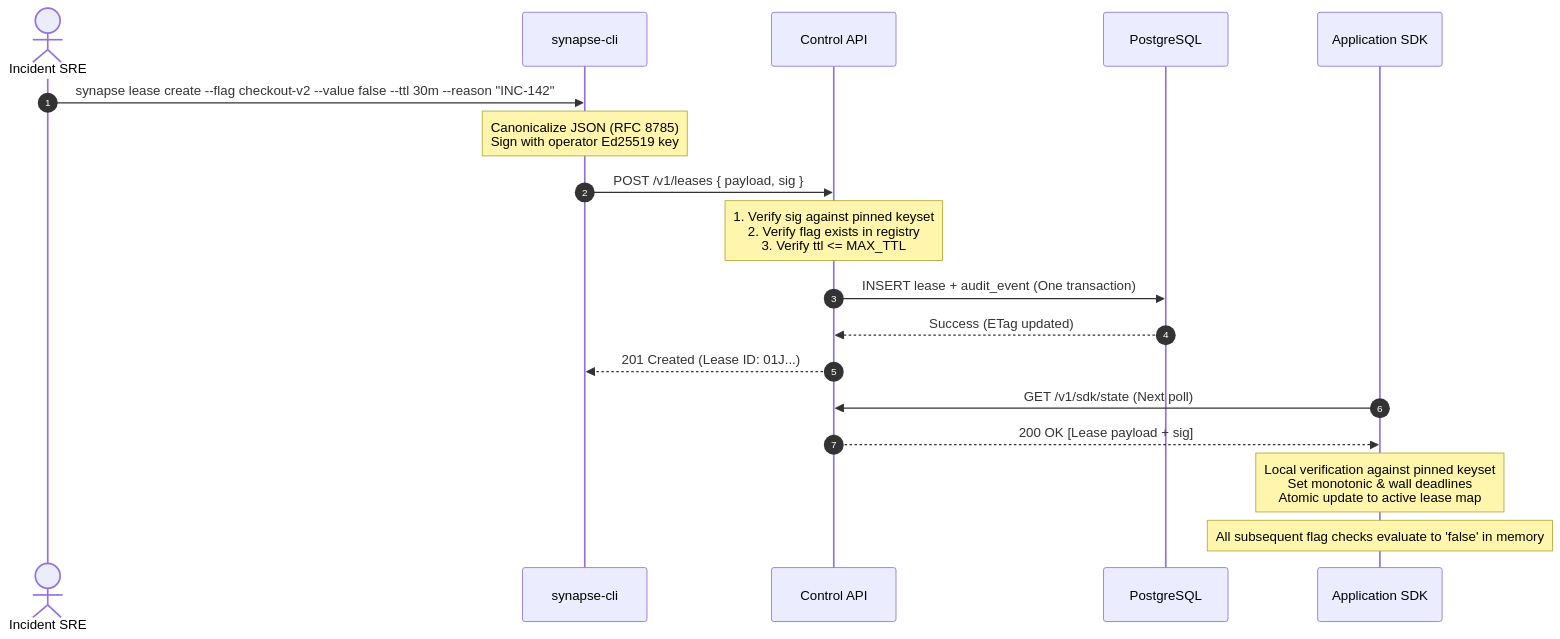
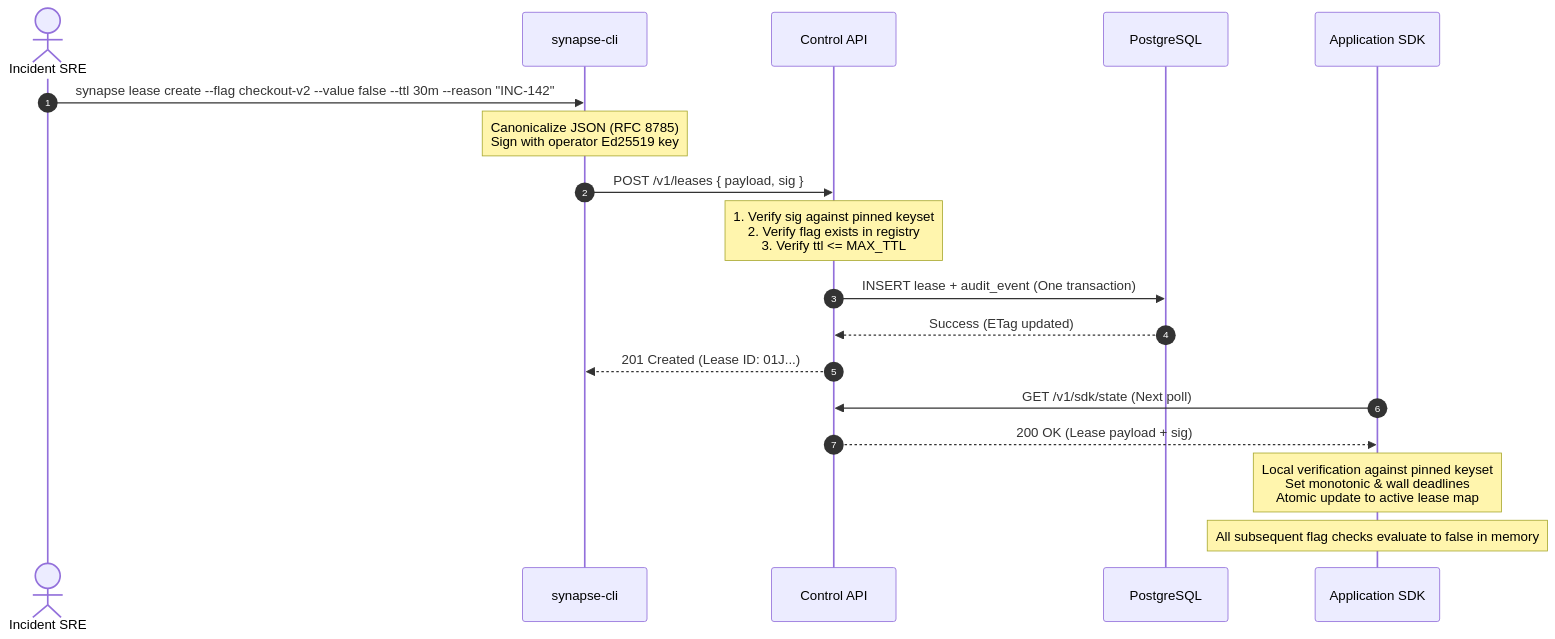
One commit to adityapawar112/SynapseState changed the second of 4 diagrams in docs/ARCHITECTURE.md. Above: the diagram before and after it, drawn with Mermaid. The commit also changed other lines of this file and 2 other files, not shown here.

First line of the commit message:
docs: fix Mermaid syntax errors and structure ROADMAP.md as canonical Wayfinder map

````diff
--- a/docs/ARCHITECTURE.md
+++ b/docs/ARCHITECTURE.md
@@ -170,22 +170,22 @@
 ```mermaid
 sequenceDiagram
     autonumber
     actor SRE as Incident SRE
     participant CLI as synapse-cli
     participant API as Control API
     participant PG as PostgreSQL
     participant SDK as Application SDK
 
     SRE->>CLI: synapse lease create --flag checkout-v2 --value false --ttl 30m --reason "INC-142"
     Note over CLI: Canonicalize JSON (RFC 8785)<br/>Sign with operator Ed25519 key
     CLI->>API: POST /v1/leases { payload, sig }
     Note over API: 1. Verify sig against pinned keyset<br/>2. Verify flag exists in registry<br/>3. Verify ttl <= MAX_TTL
     API->>PG: INSERT lease + audit_event (One transaction)
     PG-->>API: Success (ETag updated)
     API-->>CLI: 201 Created (Lease ID: 01J...)
     
     SDK->>API: GET /v1/sdk/state (Next poll)
-    API-->>SDK: 200 OK [Lease payload + sig]
+    API-->>SDK: 200 OK (Lease payload + sig)
     Note over SDK: Local verification against pinned keyset<br/>Set monotonic & wall deadlines<br/>Atomic update to active lease map
-    Note over SDK: All subsequent flag checks evaluate to 'false' in memory
+    Note over SDK: All subsequent flag checks evaluate to false in memory
 ```
````
